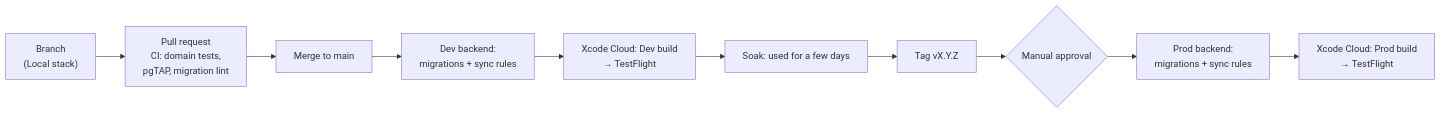
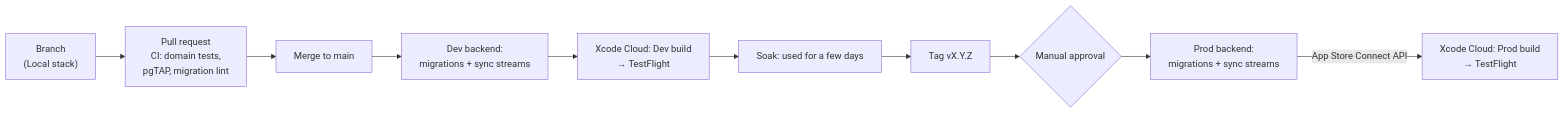
Before and after one commit to victorlou/sundial: the diagram in docs/06-environments-and-release.md, drawn with Mermaid. The commit also changed other lines of this file and 16 other files, not shown here.

````diff
--- a/docs/06-environments-and-release.md
+++ b/docs/06-environments-and-release.md
@@ -89,12 +91,12 @@
 ```mermaid
 flowchart LR
   B["Branch<br/>(Local stack)"] --> PR["Pull request<br/>CI: domain tests,<br/>pgTAP, migration lint"]
   PR --> M["Merge to main"]
-  M --> D1["Dev backend:<br/>migrations + sync rules"]
+  M --> D1["Dev backend:<br/>migrations + sync streams"]
   D1 --> D2["Xcode Cloud: Dev build<br/>→ TestFlight"]
   D2 --> S["Soak: used for a few days"]
   S --> T["Tag vX.Y.Z"]
   T --> A{"Manual approval"}
-  A --> P1["Prod backend:<br/>migrations + sync rules"]
-  P1 --> P2["Xcode Cloud: Prod build<br/>→ TestFlight"]
+  A --> P1["Prod backend:<br/>migrations + sync streams"]
+  P1 -- "App Store Connect API" --> P2["Xcode Cloud: Prod build<br/>→ TestFlight"]
 ```
````
